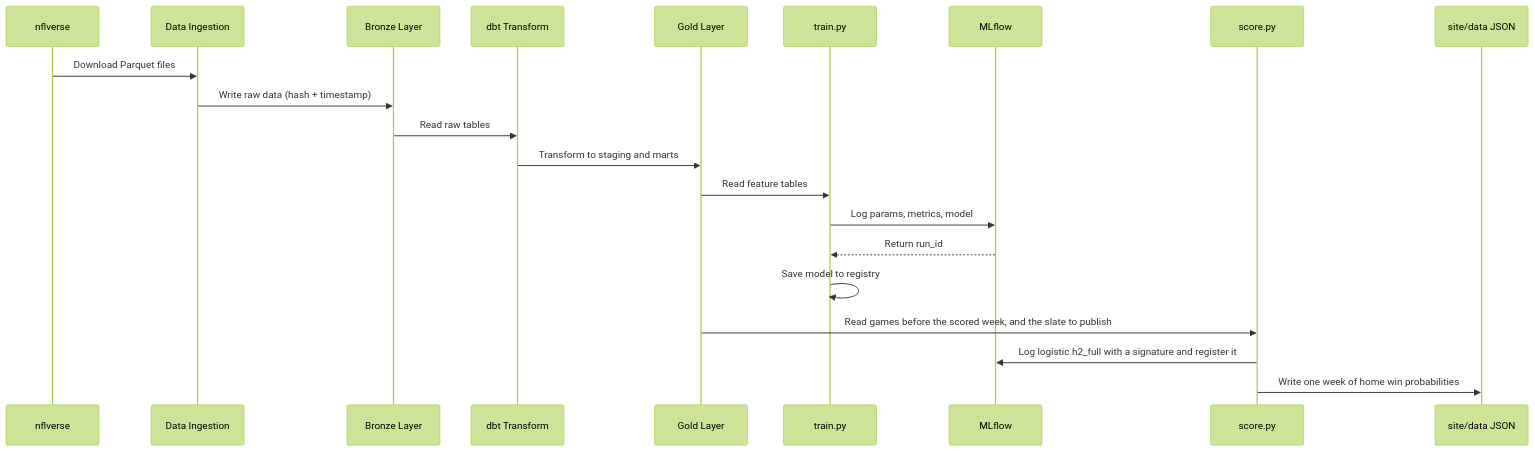
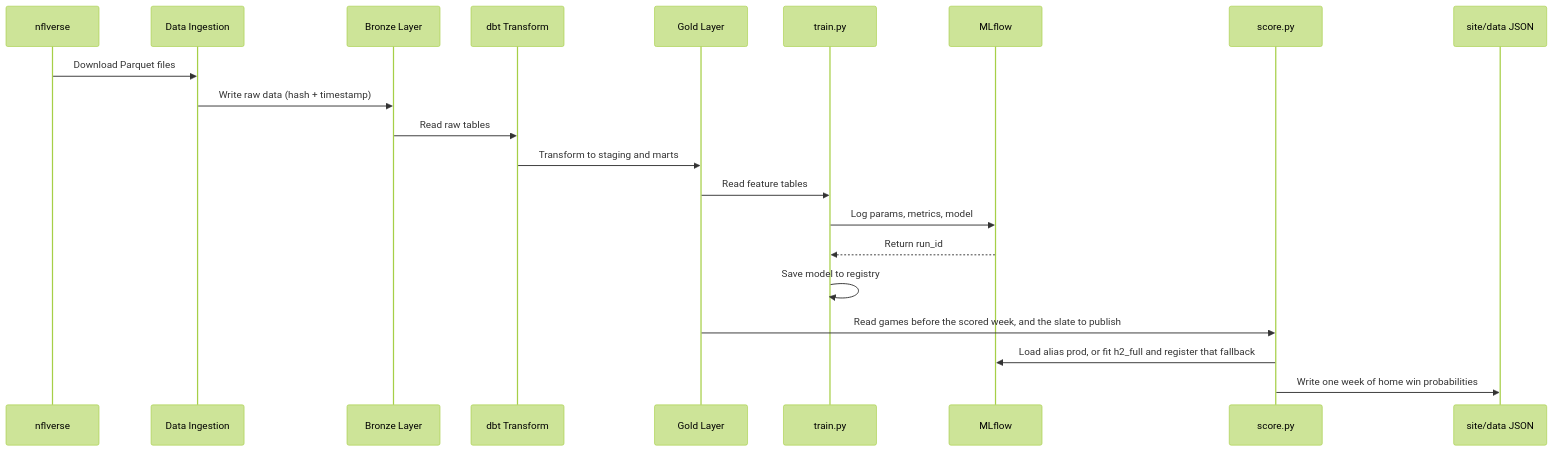
Before and after one commit to carloshgalvan95/endzone-mlops: the diagram in docs/architecture.md, drawn with Mermaid (forest theme). The commit also changed other lines of this file and 29 other files, not shown here.

First line of the commit message:
feat: load the prod alias and alert when log loss falls behind

````diff
--- a/docs/architecture.md
+++ b/docs/architecture.md
@@ -178,24 +178,24 @@
 ```mermaid
 sequenceDiagram
     participant NFL as nflverse
     participant Ingest as Data Ingestion
     participant Bronze as Bronze Layer
     participant dbt as dbt Transform
     participant Gold as Gold Layer
     participant Train as train.py
     participant MLflow as MLflow
     participant Score as score.py
     participant Pred as site/data JSON
 
     NFL->>Ingest: Download Parquet files
     Ingest->>Bronze: Write raw data (hash + timestamp)
     Bronze->>dbt: Read raw tables
     dbt->>Gold: Transform to staging and marts
     Gold->>Train: Read feature tables
     Train->>MLflow: Log params, metrics, model
     MLflow-->>Train: Return run_id
     Train->>Train: Save model to registry
     Gold->>Score: Read games before the scored week, and the slate to publish
-    Score->>MLflow: Log logistic h2_full with a signature and register it
+    Score->>MLflow: Load alias prod, or fit h2_full and register that fallback
     Score->>Pred: Write one week of home win probabilities
 ```
````
